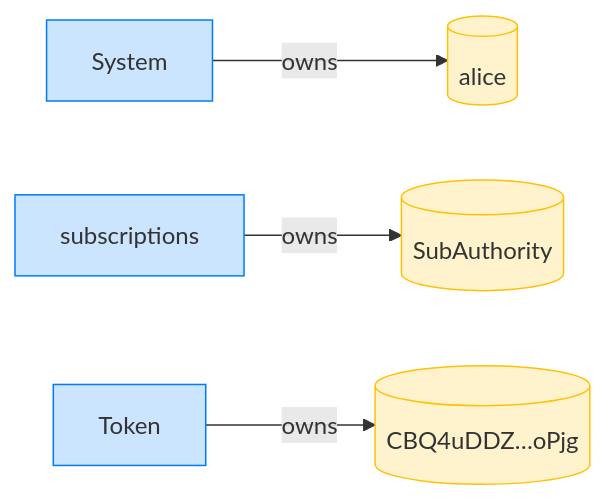
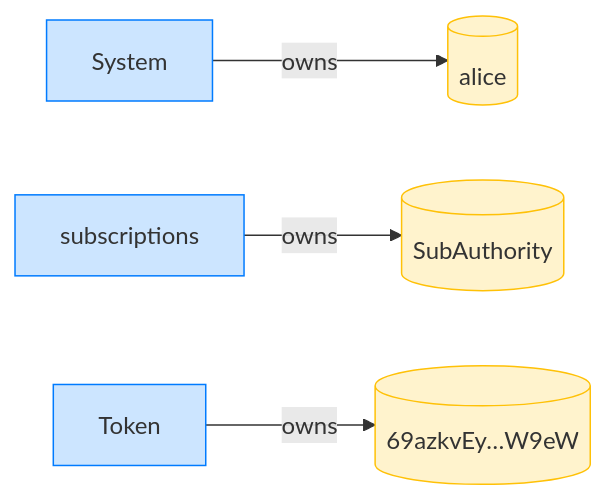
One commit to cds-rs/subscriptions changed the fourth of 8 diagrams in dsl_tests/fixed-transfer-over-a-stale-version-delegation-is-refused.md. Above: the diagram before and after it, drawn with Mermaid. The commit also changed other lines of this file and 224 other files, not shown here.

````diff
--- a/dsl_tests/fixed-transfer-over-a-stale-version-delegation-is-refused.md
+++ b/dsl_tests/fixed-transfer-over-a-stale-version-delegation-is-refused.md
@@ -73,14 +78,14 @@
 ```mermaid
 flowchart LR
     classDef owner fill:#cce5ff,stroke:#007bff;
     classDef account fill:#fff3cd,stroke:#ffc107;
     System[System]:::owner
     alice[(alice)]:::account
     subscriptions[subscriptions]:::owner
     SubAuthority[(SubAuthority)]:::account
     Token[Token]:::owner
-    CBQ4uDDZ_oPjg[("CBQ4uDDZ…oPjg")]:::account
+    69azkvEy_W9eW[("69azkvEy…W9eW")]:::account
     System -->|owns| alice
     subscriptions -->|owns| SubAuthority
-    Token -->|owns| CBQ4uDDZ_oPjg
+    Token -->|owns| 69azkvEy_W9eW
 ```
````
